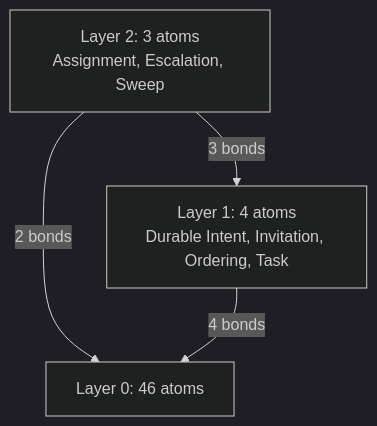
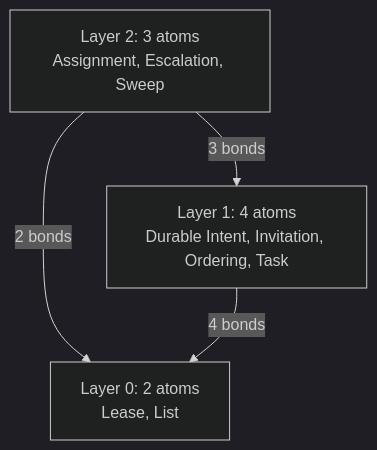
One commit to scottromack/grace-commons changed the first of 6 diagrams in library/graph.md. Above: the diagram before and after it, drawn with Mermaid. The commit also changed other lines of this file and 3 other files, not shown here.

First line of the commit message:
site: the bond graph, layer 0 split — only atoms with bonds drawn

````diff
--- a/library/graph.md
+++ b/library/graph.md
@@ -22,10 +22,10 @@
 ```mermaid
 %%{init: {"theme": "dark", "flowchart": {"htmlLabels": true}} }%%
 flowchart TB
   layer2["Layer 2: 3 atoms<br/>Assignment, Escalation, Sweep"]
   layer1["Layer 1: 4 atoms<br/>Durable Intent, Invitation, Ordering, Task"]
-  layer0["Layer 0: 46 atoms"]
+  layer0["Layer 0: 2 atoms<br/>Lease, List"]
   layer2 -->|"3 bonds"| layer1
   layer2 -->|"2 bonds"| layer0
   layer1 -->|"4 bonds"| layer0
 ```
````
